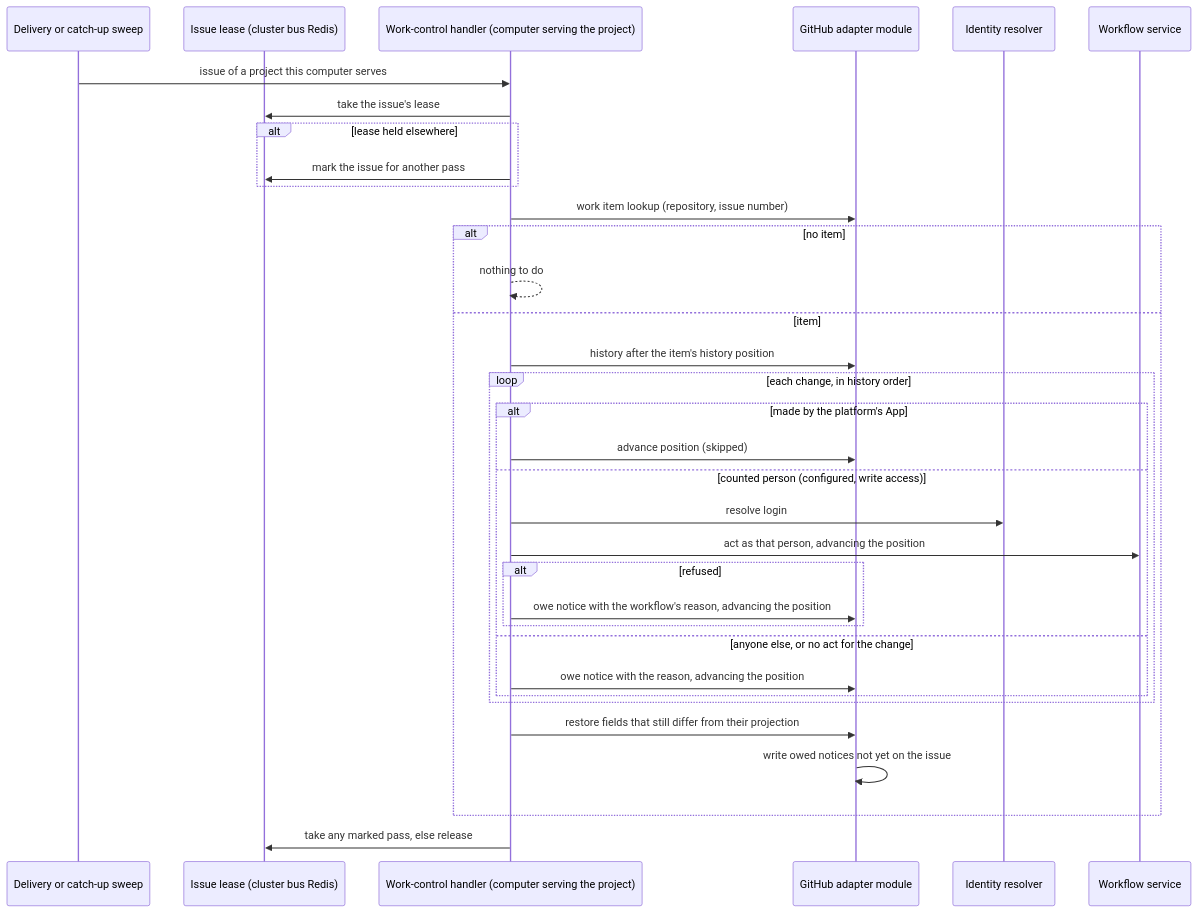
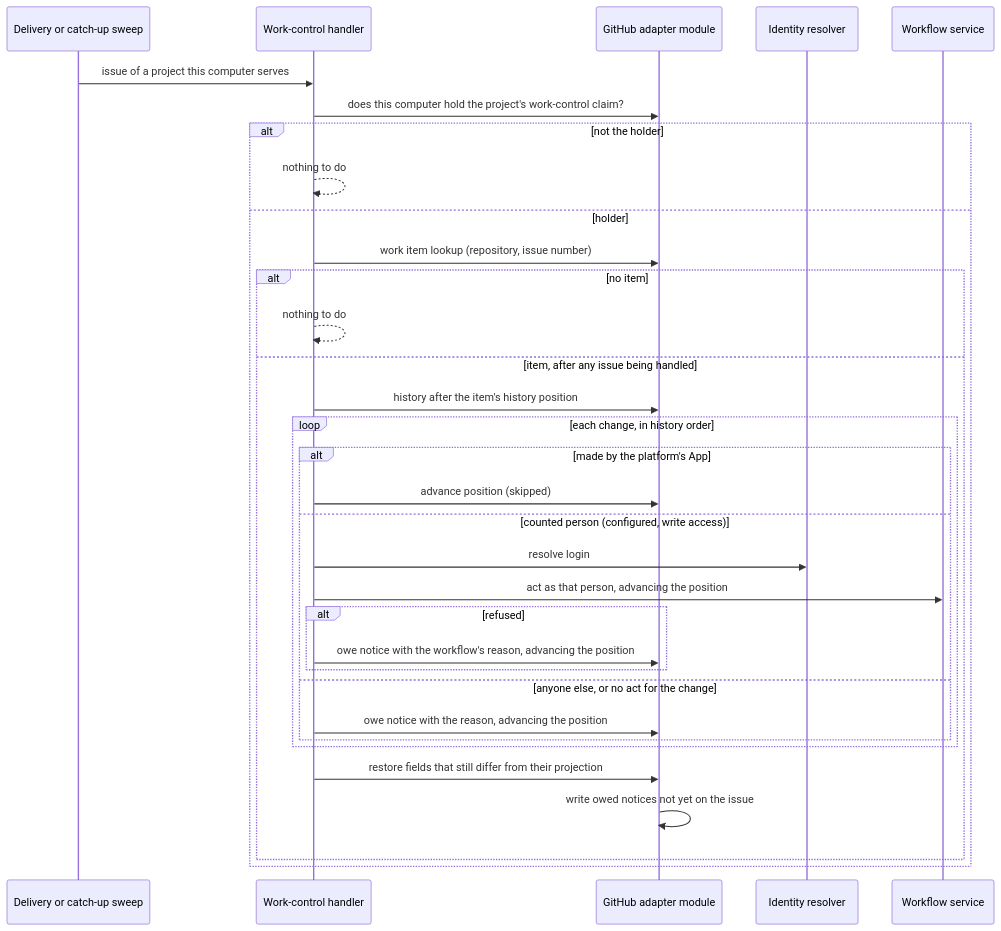
The diagram in docs/local/design/architecture/github-work-control.md (InstruktAI/TeleClaude), drawn with Mermaid before and after one commit. The commit also changed other lines of this file and 4 other files, not shown here.

First line of the commit message:
docs(github-work-control): one claim holder per project instead of an expiring lease

````diff
--- a/docs/local/design/architecture/github-work-control.md
+++ b/docs/local/design/architecture/github-work-control.md
@@ -140,36 +125,35 @@
 ```mermaid
 sequenceDiagram
     participant T as Delivery or catch-up sweep
-    participant L as Issue lease (cluster bus Redis)
-    participant H as Work-control handler (computer serving the project)
+    participant H as Work-control handler
     participant S as GitHub adapter module
     participant ID as Identity resolver
     participant WF as Workflow service
     T->>H: issue of a project this computer serves
-    H->>L: take the issue's lease
-    alt lease held elsewhere
-        H->>L: mark the issue for another pass
+    H->>S: does this computer hold the project's work-control claim?
+    alt not the holder
+        H-->>H: nothing to do
+    else holder
+        H->>S: work item lookup (repository, issue number)
+        alt no item
+            H-->>H: nothing to do
+        else item, after any issue being handled
+            H->>S: history after the item's history position
+            loop each change, in history order
+                alt made by the platform's App
+                    H->>S: advance position (skipped)
+                else counted person (configured, write access)
+                    H->>ID: resolve login
+                    H->>WF: act as that person, advancing the position
+                    alt refused
+                        H->>S: owe notice with the workflow's reason, advancing the position
+                    end
+                else anyone else, or no act for the change
+                    H->>S: owe notice with the reason, advancing the position
+                end
+            end
+            H->>S: restore fields that still differ from their projection
+            S->>S: write owed notices not yet on the issue
+        end
     end
-    H->>S: work item lookup (repository, issue number)
-    alt no item
-        H-->>H: nothing to do
-    else item
-        H->>S: history after the item's history position
-        loop each change, in history order
-            alt made by the platform's App
-                H->>S: advance position (skipped)
-            else counted person (configured, write access)
-                H->>ID: resolve login
-                H->>WF: act as that person, advancing the position
-                alt refused
-                    H->>S: owe notice with the workflow's reason, advancing the position
-                end
-            else anyone else, or no act for the change
-                H->>S: owe notice with the reason, advancing the position
-            end
-        end
-        H->>S: restore fields that still differ from their projection
-        S->>S: write owed notices not yet on the issue
-    end
-    H->>L: take any marked pass, else release
 ```
````
